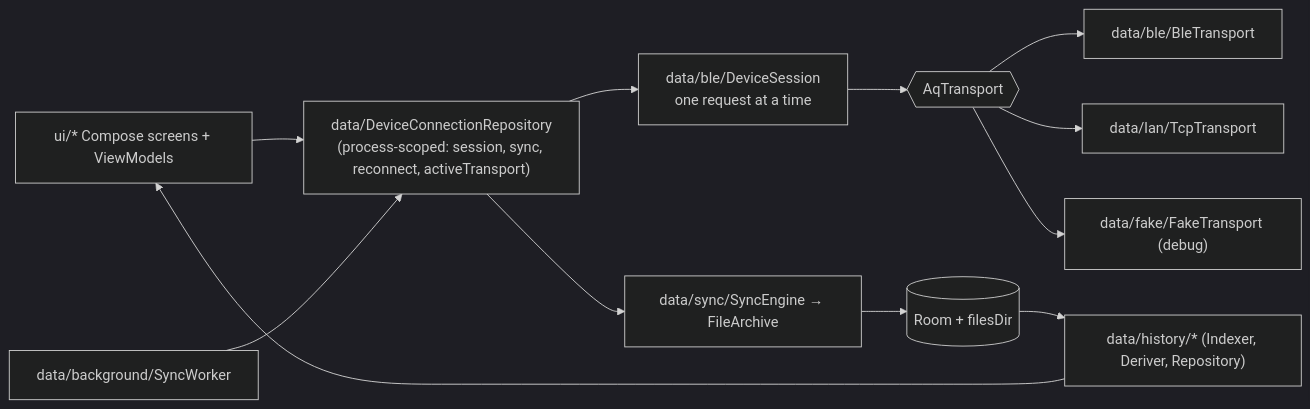
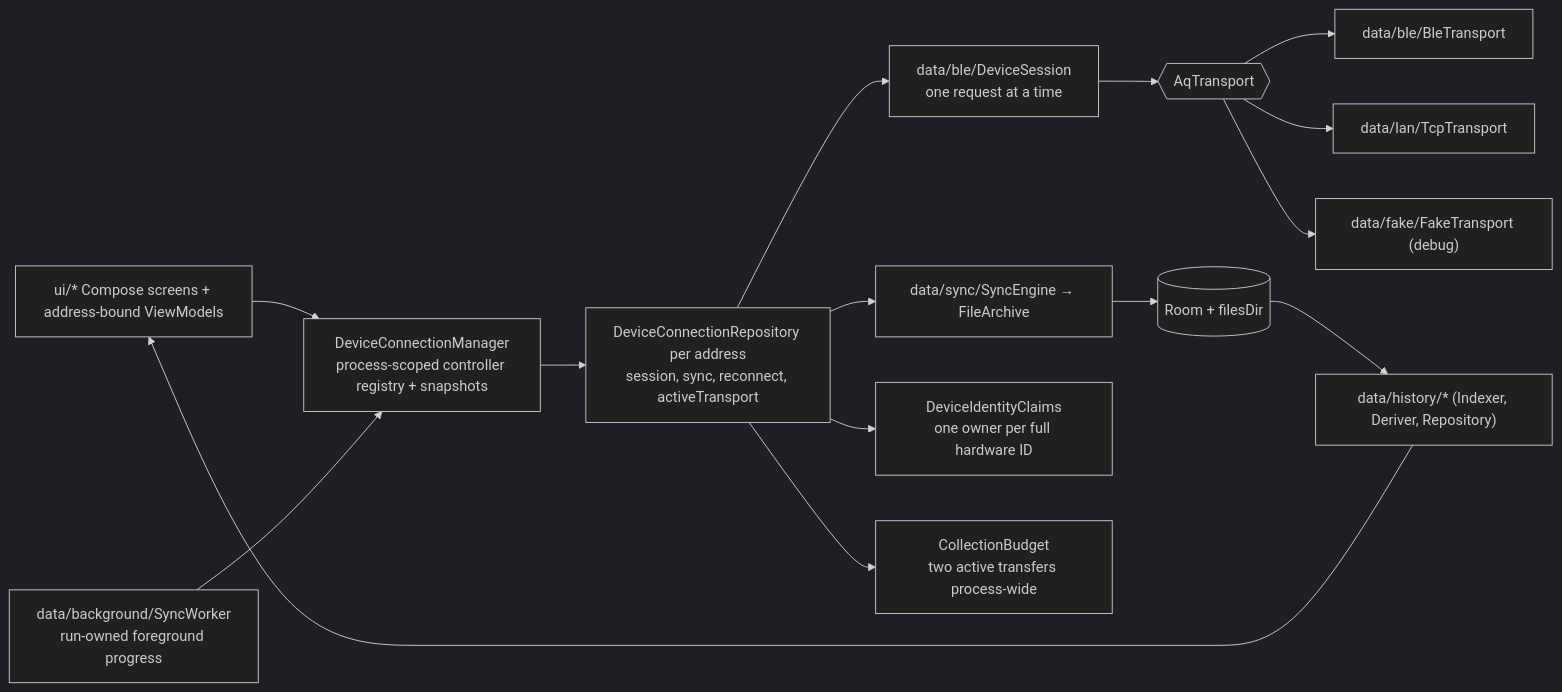
One commit to walkthru-earth/opensensor-space-mobile changed the second of 2 diagrams in docs/architecture.md. Above: the diagram before and after it, drawn with Mermaid (dark theme). The commit also changed other lines of this file and 74 other files, not shown here.

````diff
--- a/docs/architecture.md
+++ b/docs/architecture.md
@@ -30,14 +30,17 @@
 ```mermaid
 flowchart LR
-  UI["ui/* Compose screens + ViewModels"] --> REPO["data/DeviceConnectionRepository<br/>(process-scoped: session, sync, reconnect, activeTransport)"]
+  UI["ui/* Compose screens + address-bound ViewModels"] --> MANAGER["DeviceConnectionManager<br/>process-scoped controller registry + snapshots"]
+  MANAGER --> REPO["DeviceConnectionRepository per address<br/>session, sync, reconnect, activeTransport"]
   REPO --> SESS["data/ble/DeviceSession<br/>one request at a time"]
   SESS --> TR{{"AqTransport"}}
   TR --> BLE["data/ble/BleTransport"]
   TR --> LAN["data/lan/TcpTransport"]
   TR --> FAKE["data/fake/FakeTransport (debug)"]
   REPO --> SYNC["data/sync/SyncEngine → FileArchive"]
   SYNC --> ROOM[("Room + filesDir")]
   ROOM --> HIST["data/history/* (Indexer, Deriver, Repository)"]
   HIST --> UI
-  WORK["data/background/SyncWorker"] --> REPO
+  WORK["data/background/SyncWorker<br/>run-owned foreground progress"] --> MANAGER
+  REPO --> CLAIM["DeviceIdentityClaims<br/>one owner per full hardware ID"]
+  REPO --> BUDGET["CollectionBudget<br/>two active transfers process-wide"]
 ```
````
